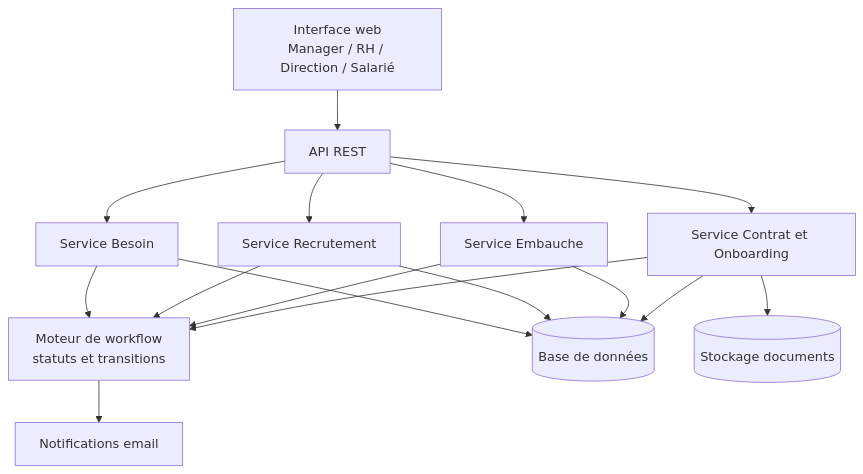
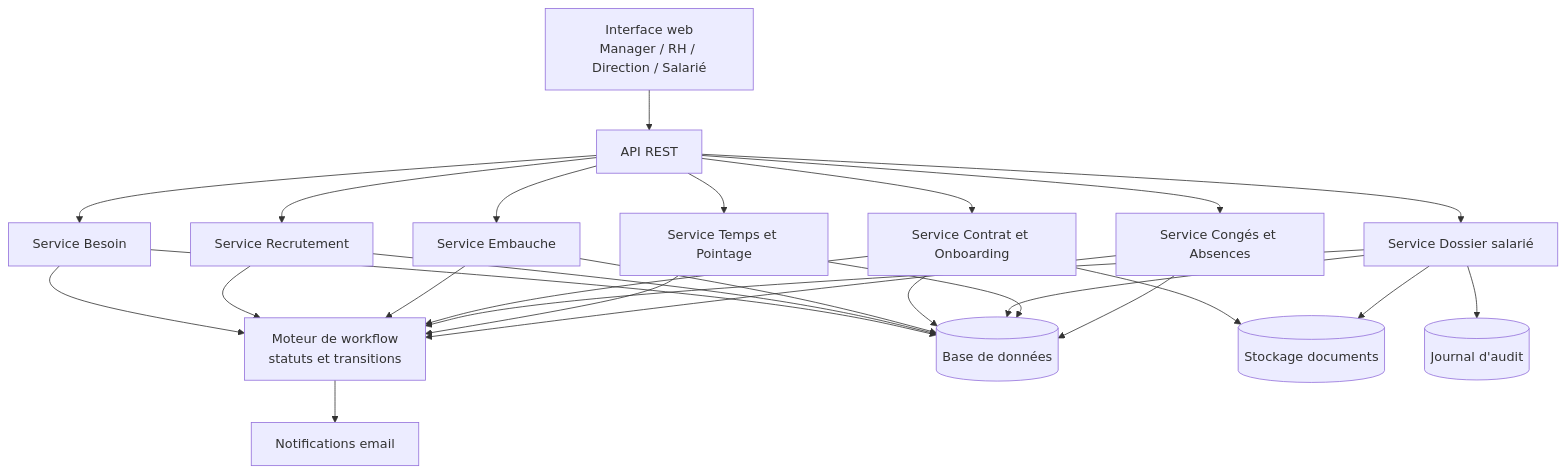
One commit to sandamamison/SIRH changed the seventh of 7 diagrams in doc/conception_sirh.md. Above: the diagram before and after it, drawn with Mermaid. The commit also changed other lines of this file and 2 other files, not shown here.

First line of the commit message:
docs: ajout blocs 4 (onboarding), 5 (dossier salarié), 6 (temps/pointage), 7 (congés/absences)

````diff
--- a/doc/conception_sirh.md
+++ b/doc/conception_sirh.md
@@ -259,12 +389,16 @@
 ```mermaid
 flowchart TB
     UI[Interface web<br/>Manager / RH / Direction / Salarié] --> API[API REST]
     API --> S1[Service Besoin]
     API --> S2[Service Recrutement]
     API --> S3[Service Embauche]
     API --> S4[Service Contrat et Onboarding]
-    S1 & S2 & S3 & S4 --> WF[Moteur de workflow<br/>statuts et transitions]
-    S1 & S2 & S3 & S4 --> DB[(Base de données)]
-    S4 --> DOC[(Stockage documents)]
+    API --> S5[Service Dossier salarié]
+    API --> S6[Service Temps et Pointage]
+    API --> S7[Service Congés et Absences]
+    S1 & S2 & S3 & S4 & S5 & S6 & S7 --> WF[Moteur de workflow<br/>statuts et transitions]
+    S1 & S2 & S3 & S4 & S5 & S6 & S7 --> DB[(Base de données)]
+    S4 & S5 --> DOC[(Stockage documents)]
+    S5 --> AUDIT[(Journal d'audit)]
     WF --> NOTIF[Notifications email]
 ```
````
